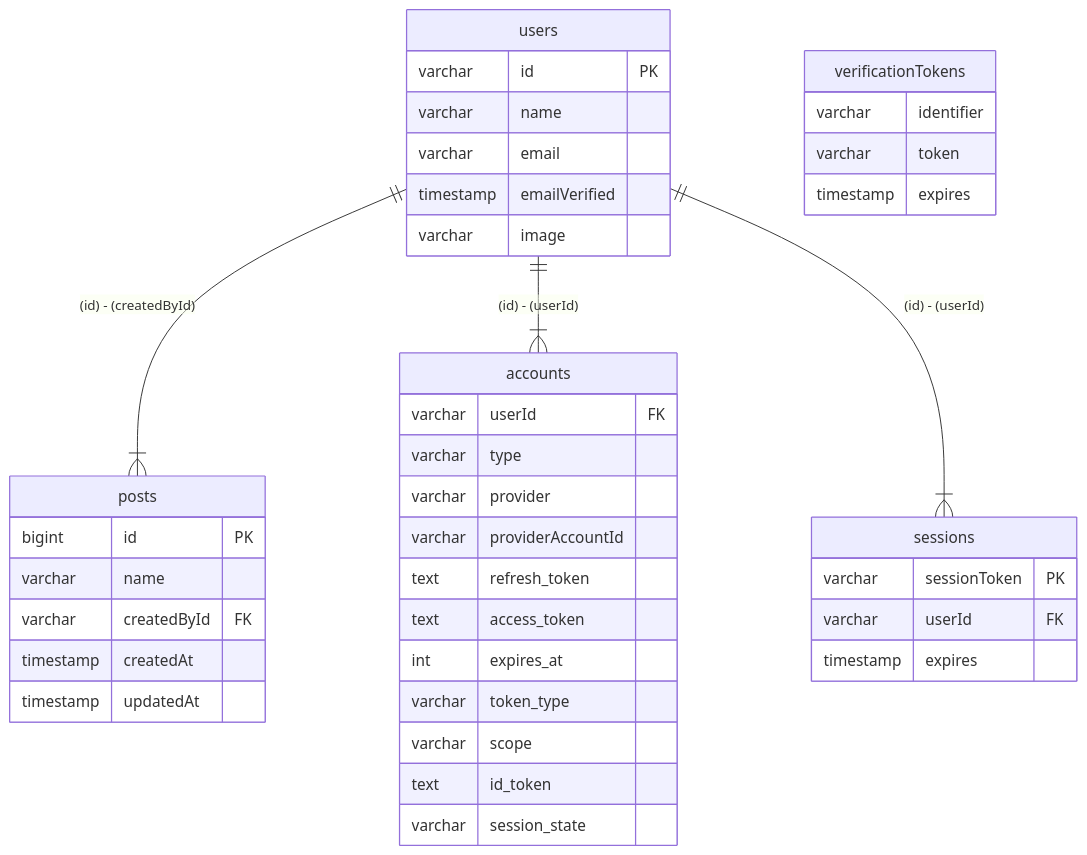
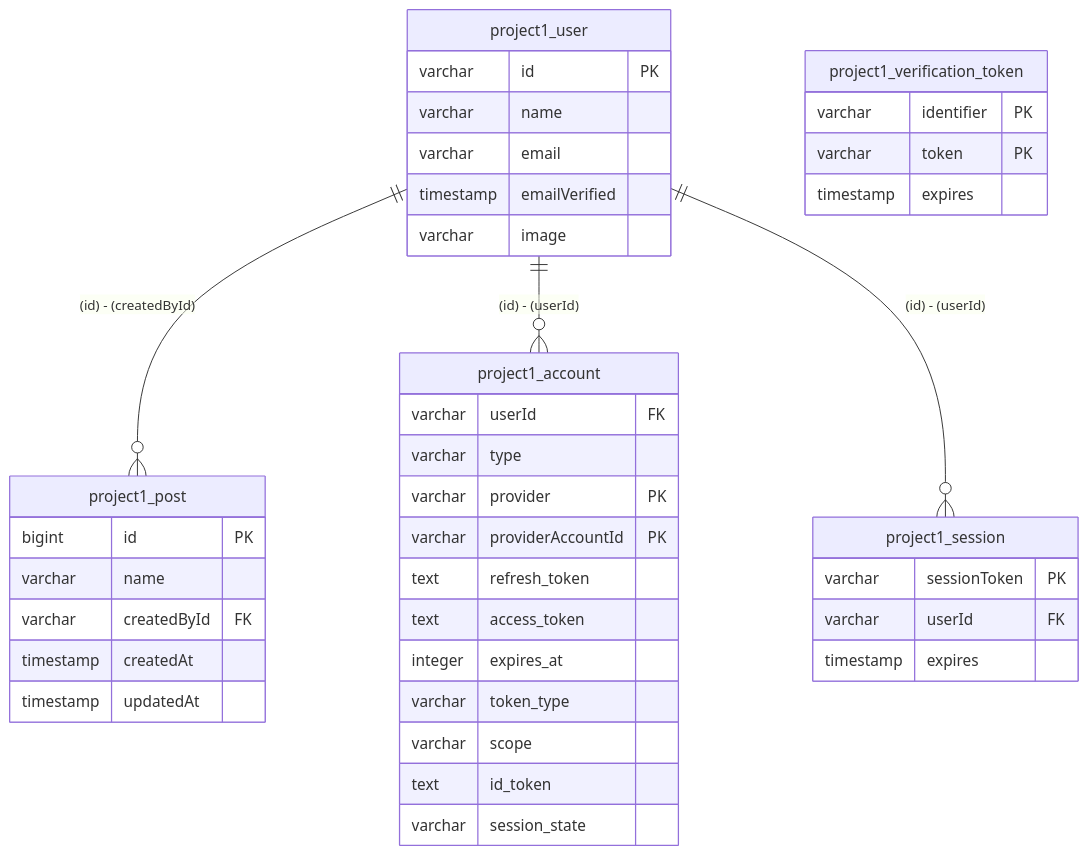
One commit to nakita628/drizzler-examples changed the diagram in apps/create-t3-app-mysql/docs/er.md. Above: the diagram before and after it, drawn with Mermaid. The commit also changed 74 other files, not shown here.

````diff
--- a/apps/create-t3-app-mysql/docs/er.md
+++ b/apps/create-t3-app-mysql/docs/er.md
@@ -1,43 +1,43 @@
 ```mermaid
 erDiagram
-    users ||--|{ posts : "(id) - (createdById)"
-    users ||--|{ accounts : "(id) - (userId)"
-    users ||--|{ sessions : "(id) - (userId)"
-    posts {
+    project1_user ||--o{ project1_post : "(id) - (createdById)"
+    project1_user ||--o{ project1_account : "(id) - (userId)"
+    project1_user ||--o{ project1_session : "(id) - (userId)"
+    project1_post {
         bigint id PK
         varchar name
         varchar createdById FK
         timestamp createdAt
         timestamp updatedAt
     }
-    users {
+    project1_user {
         varchar id PK
         varchar name
         varchar email
         timestamp emailVerified
         varchar image
     }
-    accounts {
+    project1_account {
         varchar userId FK
         varchar type
-        varchar provider
-        varchar providerAccountId
+        varchar provider PK
+        varchar providerAccountId PK
         text refresh_token
         text access_token
-        int expires_at
+        integer expires_at
         varchar token_type
         varchar scope
         text id_token
         varchar session_state
     }
-    sessions {
+    project1_session {
         varchar sessionToken PK
         varchar userId FK
         timestamp expires
     }
-    verificationTokens {
-        varchar identifier
-        varchar token
+    project1_verification_token {
+        varchar identifier PK
+        varchar token PK
         timestamp expires
     }
 ```
````
